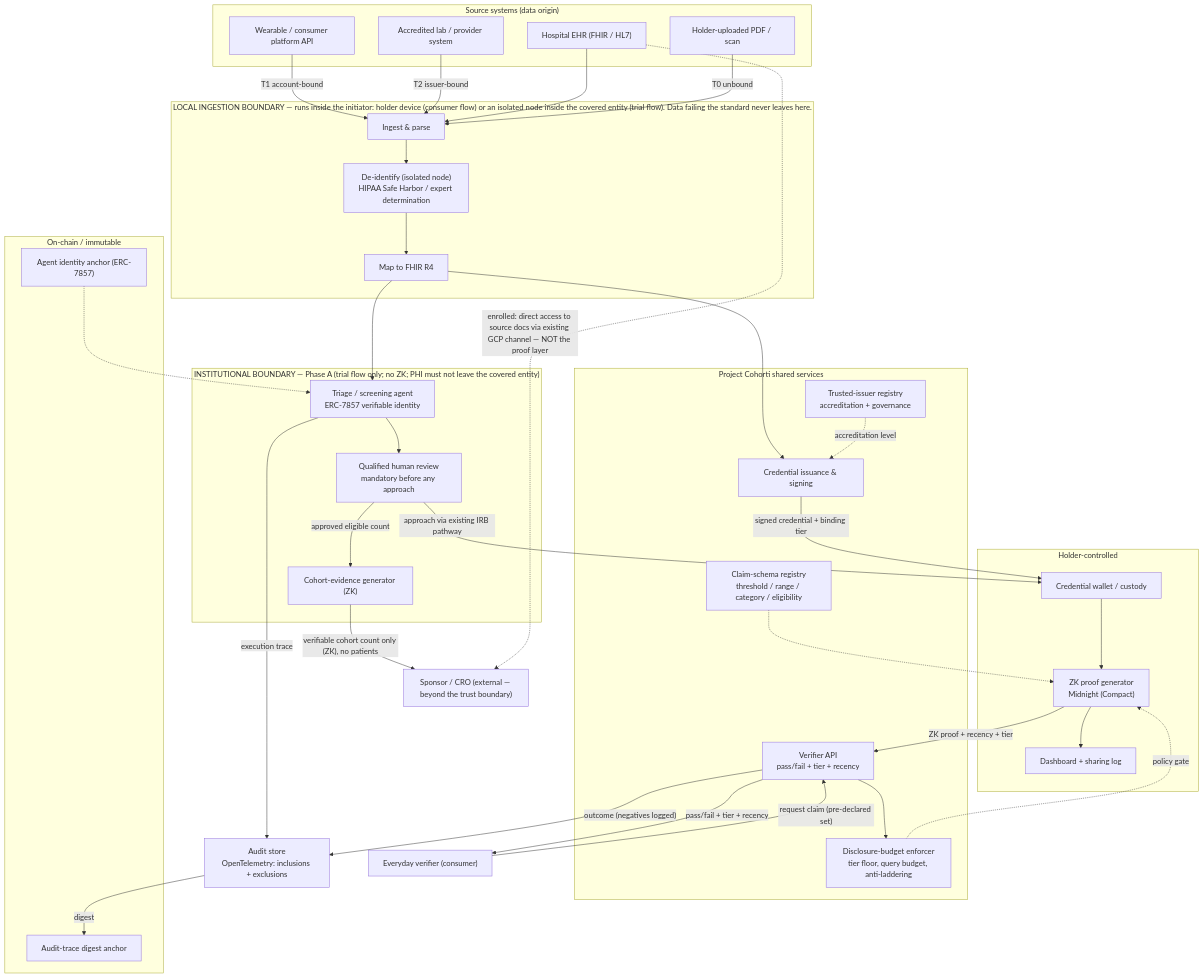
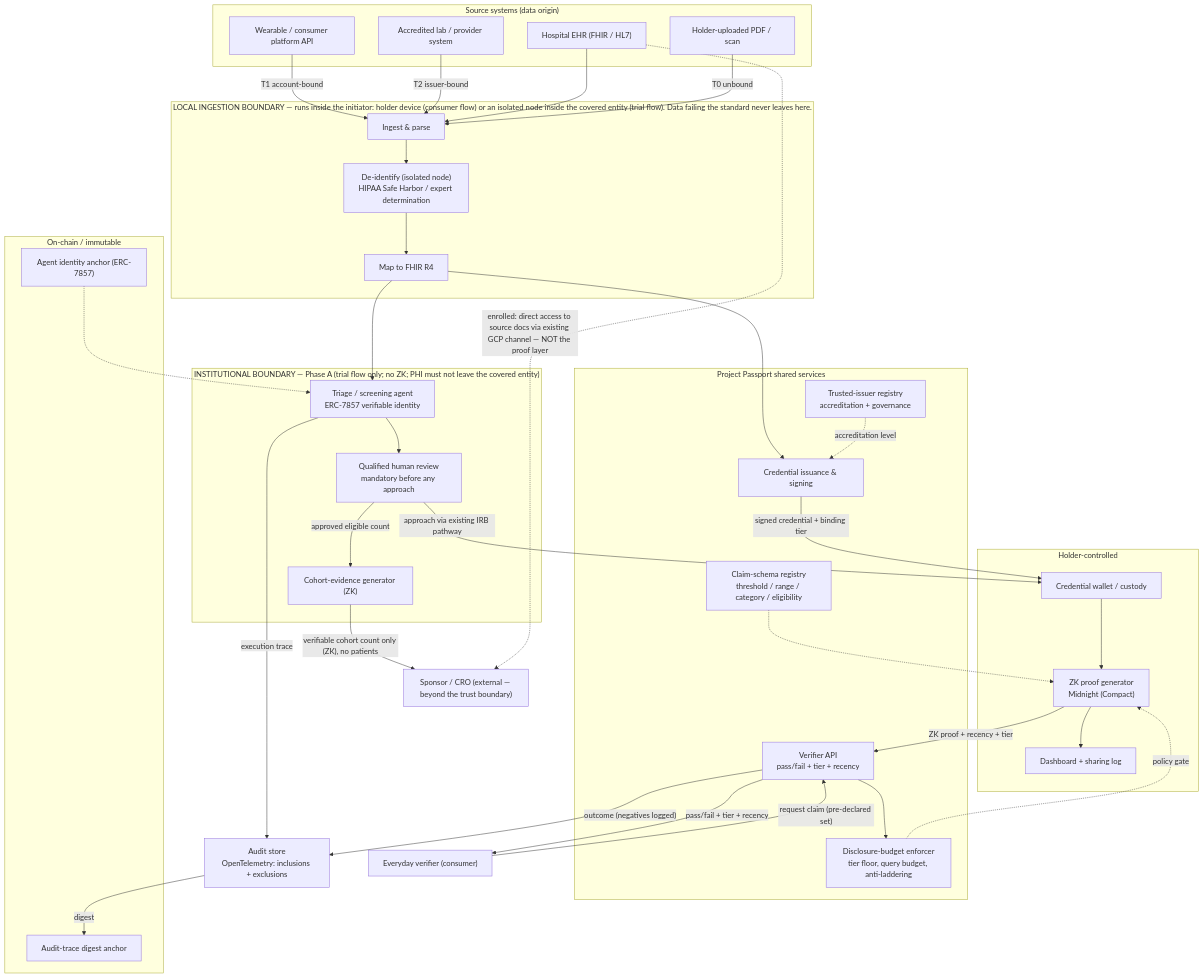
Before and after one commit to WeOwnHealth/cohorti: the first of 7 diagrams in README.md, drawn with Mermaid. The commit also changed other lines of this file and 82 other files, not shown here.

````diff
--- a/README.md
+++ b/README.md
@@ -115,74 +115,74 @@
 ```mermaid
 flowchart TB
   subgraph SRC["Source systems (data origin)"]
     WEAR["Wearable / consumer platform API"]
     LABS["Accredited lab / provider system"]
     EHRS["Hospital EHR (FHIR / HL7)"]
     DOCS["Holder-uploaded PDF / scan"]
   end
 
   subgraph LOCAL["LOCAL INGESTION BOUNDARY — runs inside the initiator: holder device (consumer flow) or an isolated node inside the covered entity (trial flow). Data failing the standard never leaves here."]
     ING["Ingest & parse"]
     DEID["De-identify (isolated node)<br/>HIPAA Safe Harbor / expert determination"]
     MAP["Map to FHIR R4"]
   end
 
   subgraph PHASEA["INSTITUTIONAL BOUNDARY — Phase A (trial flow only; no ZK; PHI must not leave the covered entity)"]
     TRIAGE["Triage / screening agent<br/>ERC-7857 verifiable identity"]
     REVIEW["Qualified human review<br/>mandatory before any approach"]
     COHORT["Cohort-evidence generator (ZK)"]
   end
 
-  subgraph SVC["Project Cohorti shared services"]
+  subgraph SVC["Project Passport shared services"]
     REG["Trusted-issuer registry<br/>accreditation + governance"]
     SCH["Claim-schema registry<br/>threshold / range / category / eligibility"]
     BUD["Disclosure-budget enforcer<br/>tier floor, query budget, anti-laddering"]
     VAPI["Verifier API<br/>pass/fail + tier + recency"]
     ISS["Credential issuance & signing"]
   end
 
   subgraph HOLD["Holder-controlled"]
     WAL["Credential wallet / custody"]
     PRV["ZK proof generator<br/>Midnight (Compact)"]
     DASH["Dashboard + sharing log"]
   end
 
   subgraph CHAIN["On-chain / immutable"]
     AIDN["Agent identity anchor (ERC-7857)"]
     ANCH["Audit-trace digest anchor"]
   end
 
   AUD["Audit store<br/>OpenTelemetry: inclusions + exclusions"]
   SPON["Sponsor / CRO (external — beyond the trust boundary)"]
   VER["Everyday verifier (consumer)"]
 
   WEAR -->|"T1 account-bound"| ING
   LABS -->|"T2 issuer-bound"| ING
   EHRS --> ING
   DOCS -->|"T0 unbound"| ING
   ING --> DEID --> MAP
   MAP --> ISS
   MAP --> TRIAGE
 
   REG -.->|"accreditation level"| ISS
   ISS -->|"signed credential + binding tier"| WAL
 
   AIDN -.-> TRIAGE
   TRIAGE -->|"execution trace"| AUD
   AUD -->|"digest"| ANCH
   TRIAGE --> REVIEW
   REVIEW -->|"approved eligible count"| COHORT
   COHORT -->|"verifiable cohort count only (ZK), no patients"| SPON
   REVIEW -->|"approach via existing IRB pathway"| WAL
   EHRS -.->|"enrolled: direct access to source docs via existing GCP channel — NOT the proof layer"| SPON
 
   VER -->|"request claim (pre-declared set)"| VAPI
   VAPI --> BUD
   BUD -.->|"policy gate"| PRV
   SCH -.-> PRV
   WAL --> PRV
   PRV -->|"ZK proof + recency + tier"| VAPI
   VAPI -->|"pass/fail + tier + recency"| VER
   PRV --> DASH
   VAPI -->|"outcome (negatives logged)"| AUD
 ```
````
